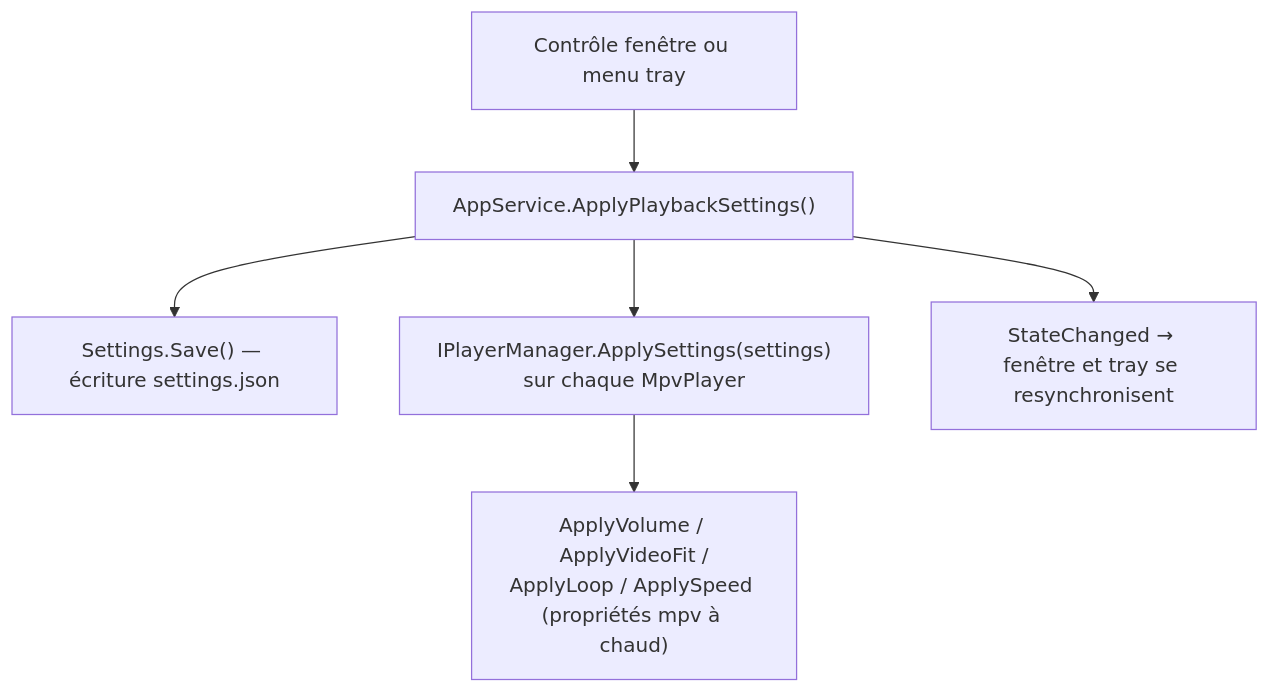
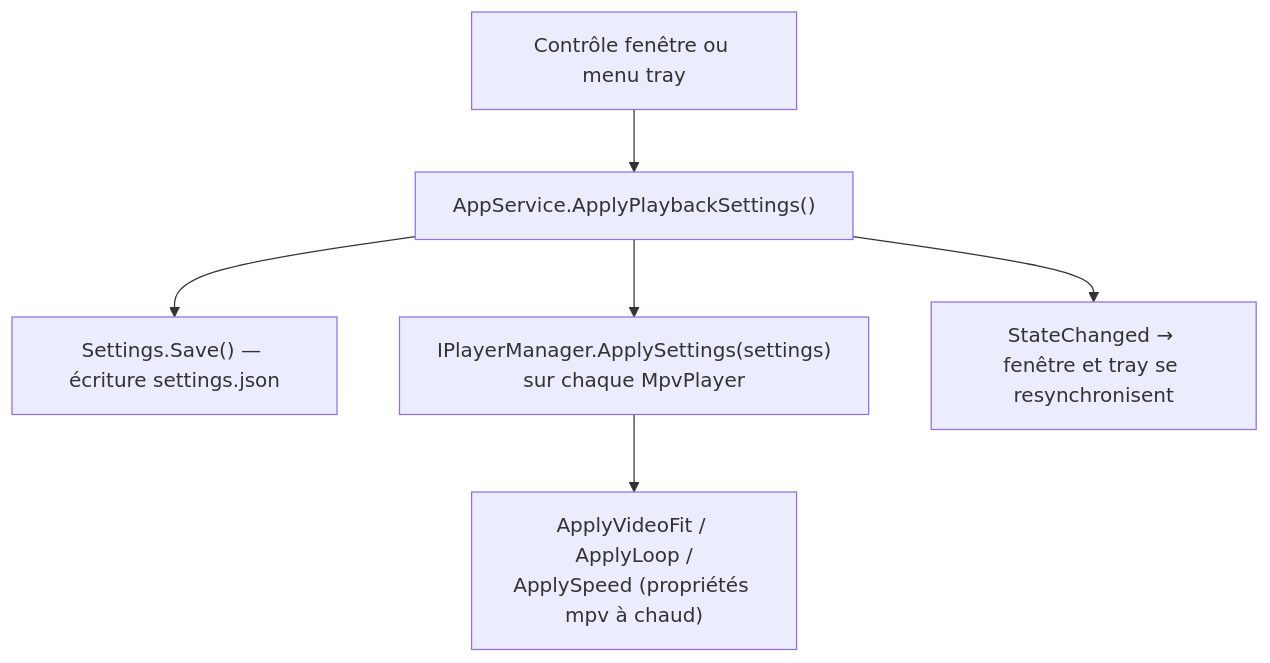
Before and after one commit to KevinT78/wallflow: the fifth of 5 diagrams in docs/ARCHITECTURE-TECHNIQUE.md, drawn with Mermaid. The commit also changed other lines of this file and 3 other files, not shown here.

First line of the commit message:
docs: sync CONTEXT/VUE-PRODUIT/ARCHITECTURE apres retrait du son et Vermillon

````diff
--- a/docs/ARCHITECTURE-TECHNIQUE.md
+++ b/docs/ARCHITECTURE-TECHNIQUE.md
@@ -292,8 +307,8 @@
 ```mermaid
 flowchart TD
     A["Contrôle fenêtre ou menu tray"] --> B["AppService.ApplyPlaybackSettings()"]
     B --> C["Settings.Save() — écriture settings.json"]
     B --> D["IPlayerManager.ApplySettings(settings)<br/>sur chaque MpvPlayer"]
-    D --> E["ApplyVolume / ApplyVideoFit /<br/>ApplyLoop / ApplySpeed (propriétés mpv à chaud)"]
+    D --> E["ApplyVideoFit / ApplyLoop /<br/>ApplySpeed (propriétés mpv à chaud)"]
     B --> F["StateChanged → fenêtre et tray se resynchronisent"]
 ```
````
